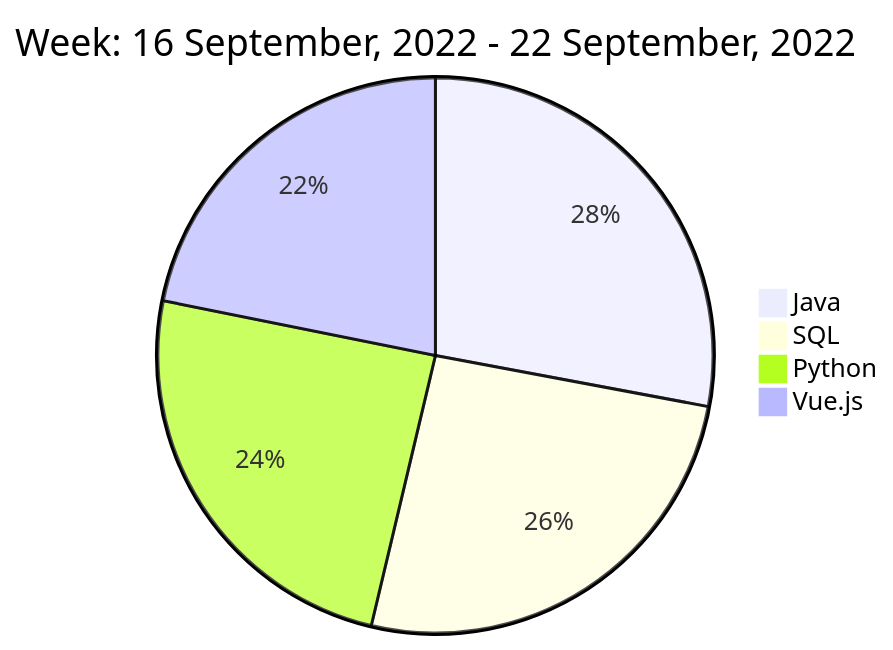
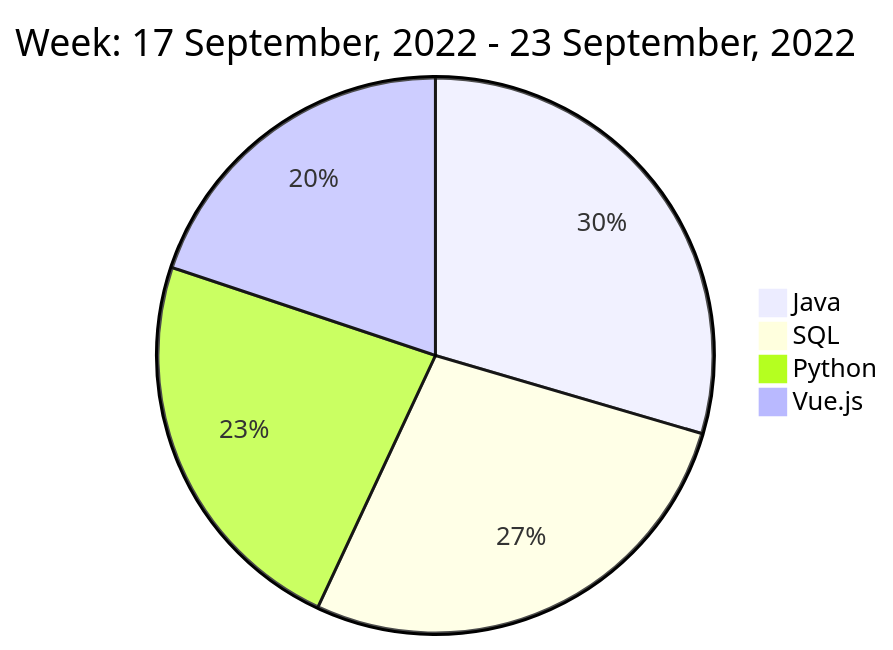
Before and after one commit to liubin95/liubin95: the diagram in README.md, drawn with Mermaid.

Commit message:
Updated the Graph with new Metrics

````diff
--- a/README.md
+++ b/README.md
@@ -40,8 +40,8 @@
 ```mermaid
  pie
-title Week: 16 September, 2022 - 22 September, 2022
- "Java" : 1.92
- "SQL" : 1.77
- "Python" : 1.68
+title Week: 17 September, 2022 - 23 September, 2022
+ "Java" : 2.23
+ "SQL" : 2.07
+ "Python" : 1.75
  "Vue.js" : 1.5
 ```
````
